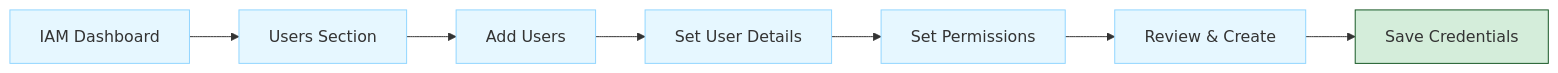
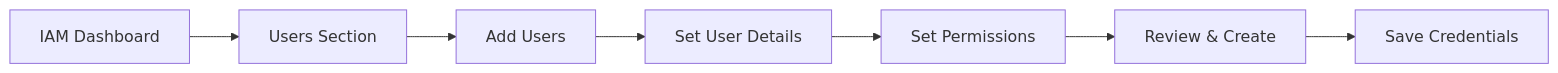
The third of 4 diagrams in docs/dev-cloud/cclab/lab_2.md (sujith-eag/sujith-library), drawn with Mermaid before and after one commit. The commit also changed other lines of this file and 41 other files, not shown here.

First line of the commit message:
Refactor diagrams and remove redundant styles in documentation

````diff
--- a/docs/dev-cloud/cclab/lab_2.md
+++ b/docs/dev-cloud/cclab/lab_2.md
@@ -120,15 +101,9 @@
 ```mermaid
 flowchart LR
     IAM[IAM Dashboard] --> Users[Users Section]
     Users --> Add[Add Users]
     Add --> Details[Set User Details]
     Details --> Perms[Set Permissions]
     Perms --> Review[Review & Create]
     Review --> Creds[Save Credentials]
-
-    classDef process fill:#e6f7ff,stroke:#91d5ff
-    classDef success fill:#d4edda,stroke:#155724
-
-    class IAM,Users,Add,Details,Perms,Review process
-    class Creds success
 ```
````
